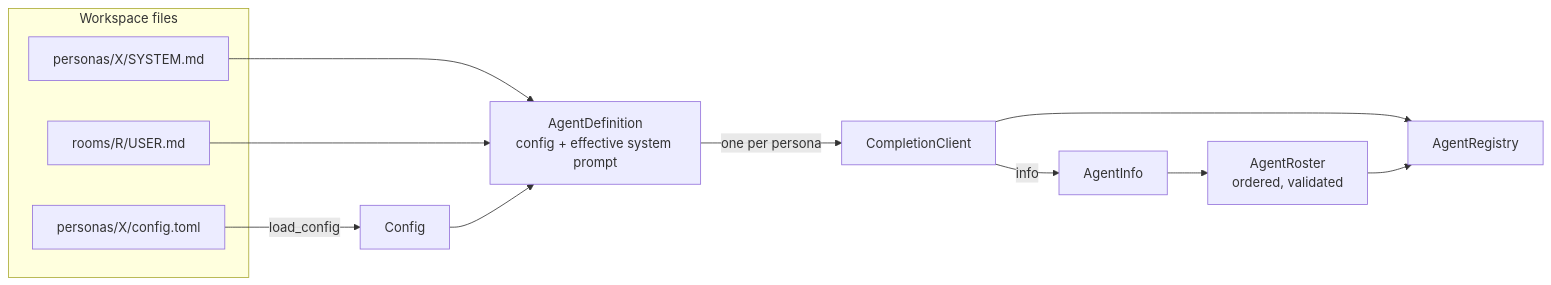
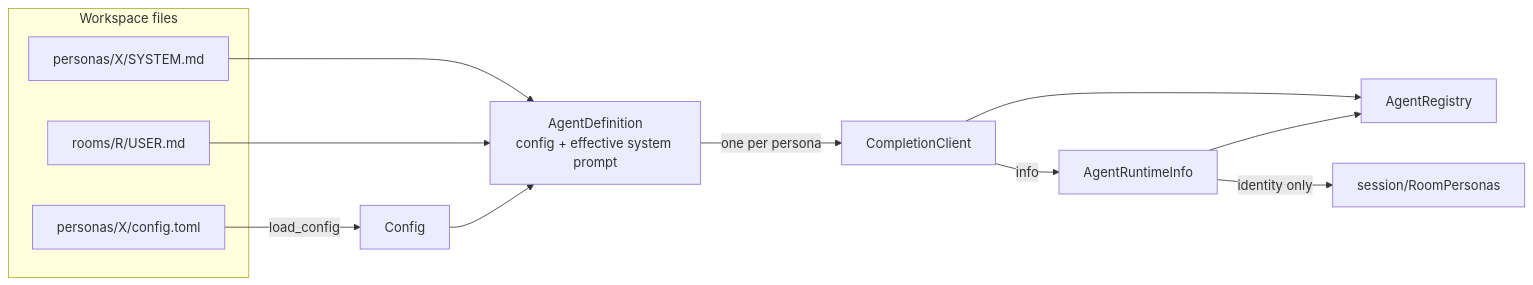
One commit to michaelpopov/cha changed the first of 4 diagrams in src/agents/README.md. Above: the diagram before and after it, drawn with Mermaid. The commit also changed other lines of this file and 39 other files, not shown here.

````diff
--- a/src/agents/README.md
+++ b/src/agents/README.md
@@ -23,18 +23,18 @@
 ```mermaid
 flowchart LR
     subgraph disk["Workspace files"]
         cfg["personas/X/config.toml"]
         sys["personas/X/SYSTEM.md"]
         usr["rooms/R/USER.md"]
     end
 
     cfg -->|"load_config"| conf["Config"]
     sys --> def["AgentDefinition<br/>config + effective system prompt"]
     usr --> def
     conf --> def
     def -->|"one per persona"| client["CompletionClient"]
-    client -->|"info"| card["AgentInfo"]
-    card --> roster["AgentRoster<br/>ordered, validated"]
     client --> registry["AgentRegistry"]
-    roster --> registry
+    client -->|"info"| runtime["AgentRuntimeInfo"]
+    runtime --> registry
+    runtime -->|"identity only"| personas["session/RoomPersonas"]
 ```
````
